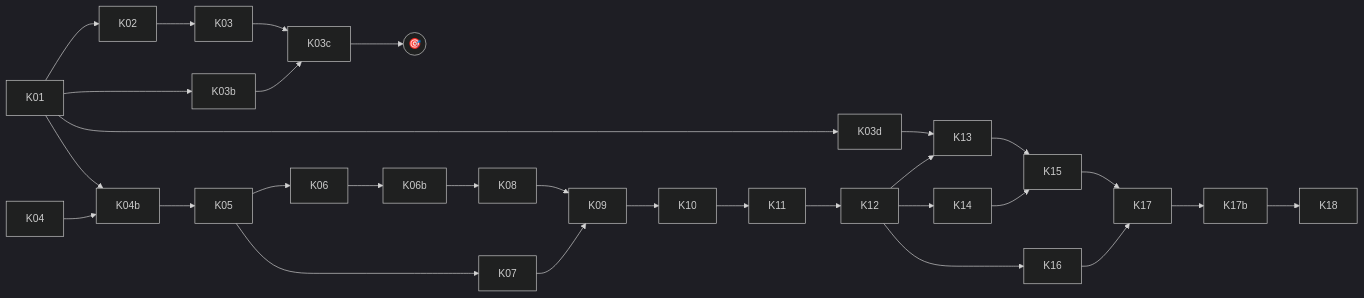
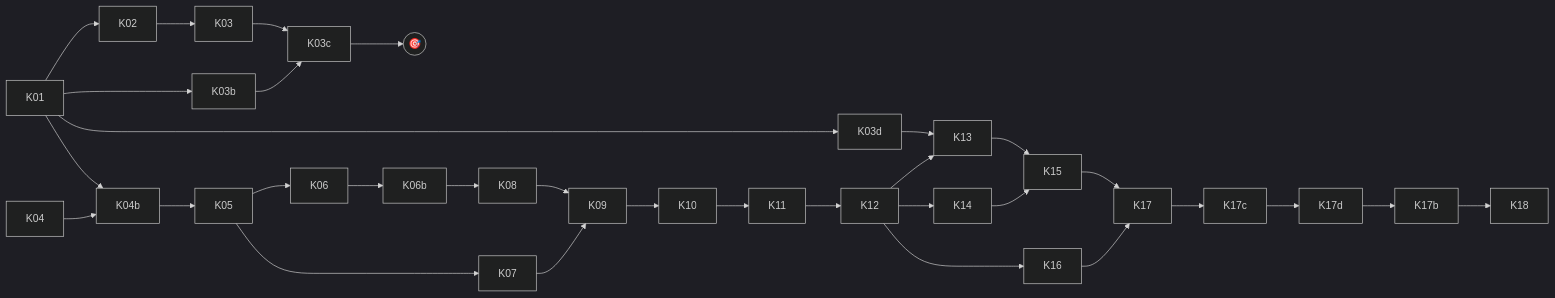
One commit to qbolliet/trade-analysis changed the diagram in PIPELINE_PROMPTS.md. Above: the diagram before and after it, drawn with Mermaid (dark theme). The commit also changed other lines of this file, not shown here.

````diff
--- a/PIPELINE_PROMPTS.md
+++ b/PIPELINE_PROMPTS.md
@@ -77,15 +79,15 @@
 ```mermaid
 flowchart LR
   K01 --> K02 --> K03 --> K03c
   K01 --> K03b --> K03c --> J((🎯))
   K01 --> K03d --> K13
   K04 --> K04b
   K01 --> K04b --> K05
   K05 --> K06 --> K06b --> K08
   K05 --> K07 --> K09
   K08 --> K09 --> K10 --> K11 --> K12
   K12 --> K13 --> K15
   K12 --> K14 --> K15
   K12 --> K16 --> K17
-  K15 --> K17 --> K17b --> K18
+  K15 --> K17 --> K17c --> K17d --> K17b --> K18
 ```
````
